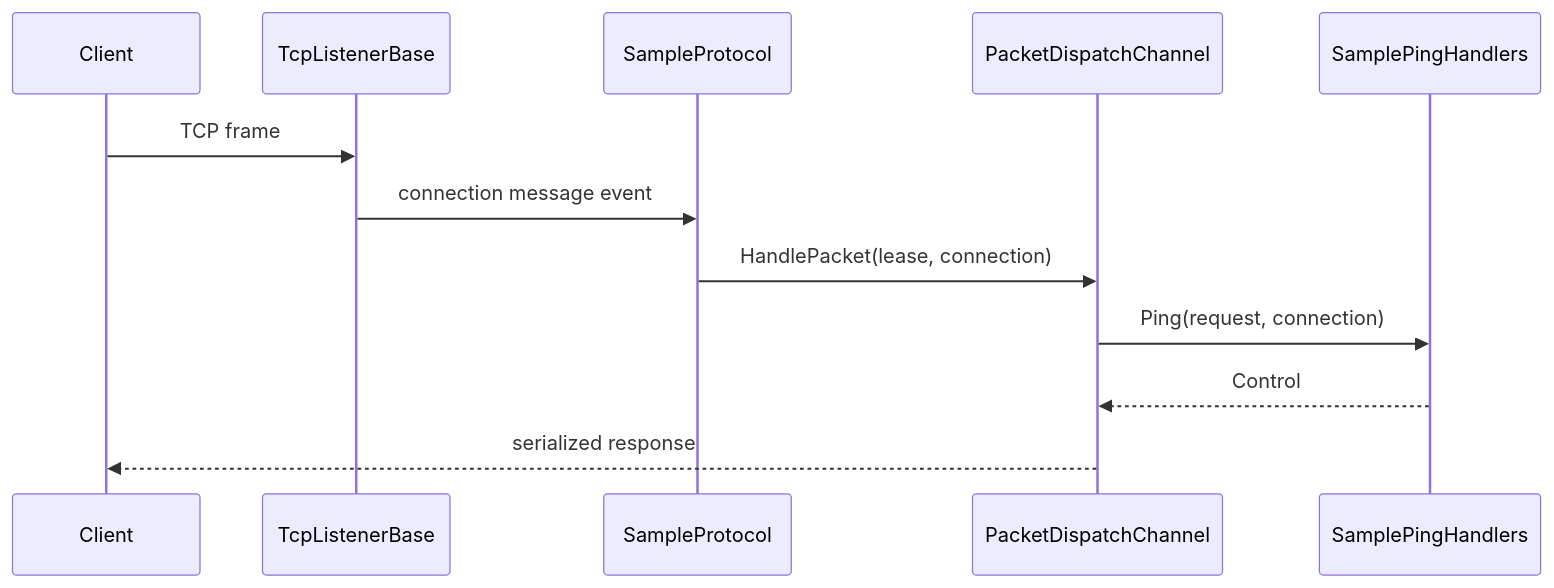
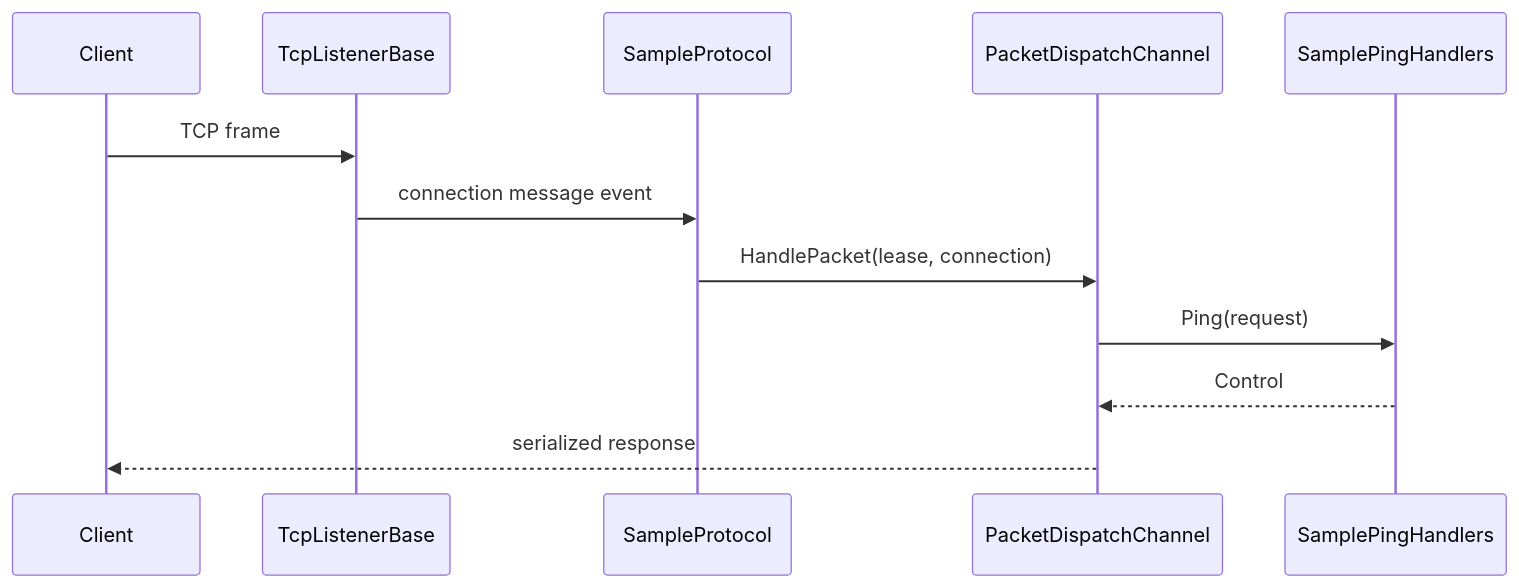
One commit to ppn-systems/nalix-docs changed the diagram in docs/guides/end-to-end.md. Above: the diagram before and after it, drawn with Mermaid. The commit also changed other lines of this file and 7 other files, not shown here.

````diff
--- a/docs/guides/end-to-end.md
+++ b/docs/guides/end-to-end.md
@@ -92,15 +93,15 @@
 ```mermaid
 sequenceDiagram
     participant Client
     participant Listener as TcpListenerBase
     participant Protocol as SampleProtocol
     participant Dispatch as PacketDispatchChannel
     participant Handler as SamplePingHandlers
 
     Client->>Listener: TCP frame
     Listener->>Protocol: connection message event
     Protocol->>Dispatch: HandlePacket(lease, connection)
-    Dispatch->>Handler: Ping(request, connection)
+    Dispatch->>Handler: Ping(request)
     Handler-->>Dispatch: Control
     Dispatch-->>Client: serialized response
 ```
````
